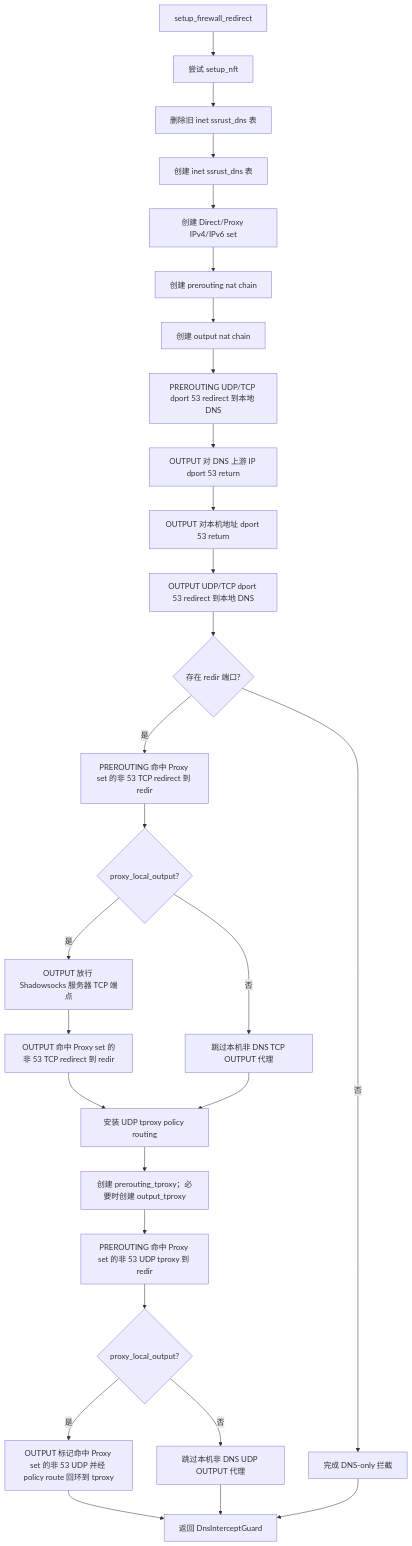
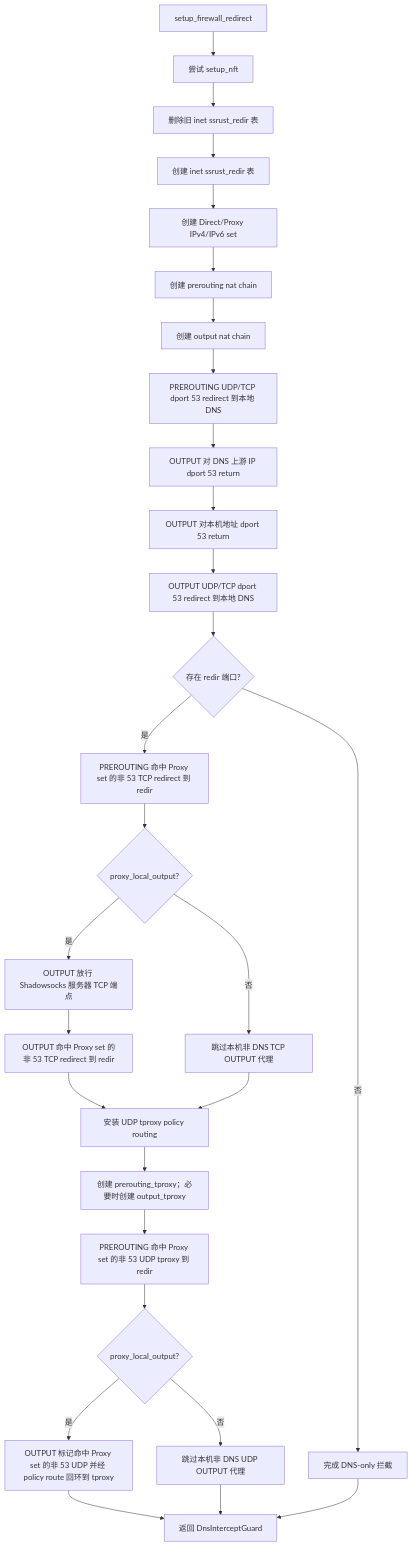
Before and after one commit to xiedeacc/shadowsocks-rust: the fifth of 14 diagrams in routing.md, drawn with Mermaid. The commit also changed other lines of this file and 7 other files, not shown here.

````diff
--- a/routing.md
+++ b/routing.md
@@ -539,30 +539,30 @@
 ```mermaid
 flowchart TD
     A[setup_firewall_redirect] --> B[尝试 setup_nft]
-    B --> C[删除旧 inet ssrust_dns 表]
-    C --> D[创建 inet ssrust_dns 表]
+    B --> C[删除旧 inet ssrust_redir 表]
+    C --> D[创建 inet ssrust_redir 表]
     D --> E[创建 Direct/Proxy IPv4/IPv6 set]
     E --> F[创建 prerouting nat chain]
     F --> G[创建 output nat chain]
     G --> H[PREROUTING UDP/TCP dport 53 redirect 到本地 DNS]
     H --> I[OUTPUT 对 DNS 上游 IP dport 53 return]
     I --> I1[OUTPUT 对本机地址 dport 53 return]
     I1 --> J[OUTPUT UDP/TCP dport 53 redirect 到本地 DNS]
     J --> K{存在 redir 端口?}
     K -- 是 --> L[PREROUTING 命中 Proxy set 的非 53 TCP redirect 到 redir]
     L --> M{proxy_local_output?}
     M -- 是 --> N[OUTPUT 放行 Shadowsocks 服务器 TCP 端点]
     N --> O[OUTPUT 命中 Proxy set 的非 53 TCP redirect 到 redir]
     M -- 否 --> Q[跳过本机非 DNS TCP OUTPUT 代理]
     O --> R[安装 UDP tproxy policy routing]
     Q --> R
     R --> N2[创建 prerouting_tproxy；必要时创建 output_tproxy]
     N2 --> N3[PREROUTING 命中 Proxy set 的非 53 UDP tproxy 到 redir]
     N3 --> N4{proxy_local_output?}
     N4 -- 是 --> N5[OUTPUT 标记命中 Proxy set 的非 53 UDP 并经 policy route 回环到 tproxy]
     N4 -- 否 --> N6[跳过本机非 DNS UDP OUTPUT 代理]
     K -- 否 --> S[完成 DNS-only 拦截]
     N5 --> P[返回 DnsInterceptGuard]
     N6 --> P
     S --> P
 ```
````
